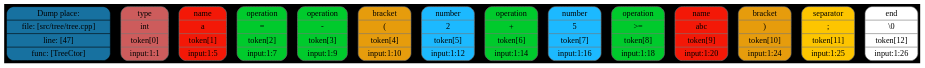
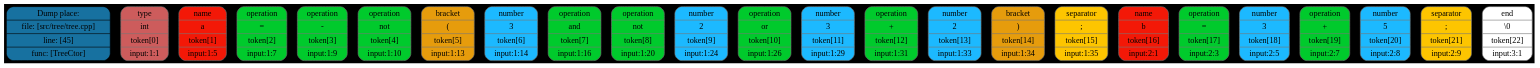
Before and after one commit to Maksim-Sebelev/Language: the diagram in FrontEnd/dot/tokens/dot/tokens1.dot, drawn with Graphviz. The commit also changed 21 other files, not shown here.

```diff
--- a/FrontEnd/dot/tokens/dot/tokens1.dot
+++ b/FrontEnd/dot/tokens/dot/tokens1.dot
@@ -1,19 +1,29 @@
 digraph G{
 rankdir=TB
 graph [bgcolor="#000000"];
 size = "100 5"
-place[shape=Mrecord, style=filled, fillcolor="#1771a0", pos="0,1!",label = " { Dump place: | file: [src/tree/tree.cpp] | line: [47] | func: [TreeCtor] } "color = "#000000"];
-token0[shape=Mrecord, style=filled, fillcolor="#CD5C5C",label = " { type | \int |  token[0] |  input:1:1 } ", color = "#777777"];
+place[shape=Mrecord, style=filled, fillcolor="#1771a0", pos="0,1!",label = " { Dump place: | file: [src/tree/tree.cpp] | line: [45] | func: [TreeCtor] } "color = "#000000"];
+token0[shape=Mrecord, style=filled, fillcolor="#CD5C5C",label = " { type | int |  token[0] |  input:1:1 } ", color = "#777777"];
 token1[shape=Mrecord, style=filled, fillcolor="#f31807",label = " { name | a |  token[1] |  input:1:5 } ", color = "#777777"];
 token2[shape=Mrecord, style=filled, fillcolor="#00ca2c",label = " { operation | \= |  token[2] |  input:1:7 } ", color = "#777777"];
 token3[shape=Mrecord, style=filled, fillcolor="#00ca2c",label = " { operation | \- |  token[3] |  input:1:9 } ", color = "#777777"];
-token4[shape=Mrecord, style=filled, fillcolor="#e69c0c",label = " { bracket | \( |  token[4] |  input:1:10 } ", color = "#777777"];
-token5[shape=Mrecord, style=filled, fillcolor="#1cb9ff",label = " { number | 2 |  token[5] |  input:1:12 } ", color = "#777777"];
-token6[shape=Mrecord, style=filled, fillcolor="#00ca2c",label = " { operation | \+ |  token[6] |  input:1:14 } ", color = "#777777"];
-token7[shape=Mrecord, style=filled, fillcolor="#1cb9ff",label = " { number | 5 |  token[7] |  input:1:16 } ", color = "#777777"];
-token8[shape=Mrecord, style=filled, fillcolor="#00ca2c",label = " { operation | \>= |  token[8] |  input:1:18 } ", color = "#777777"];
-token9[shape=Mrecord, style=filled, fillcolor="#f31807",label = " { name | abc |  token[9] |  input:1:20 } ", color = "#777777"];
-token10[shape=Mrecord, style=filled, fillcolor="#e69c0c",label = " { bracket | \) |  token[10] |  input:1:24 } ", color = "#777777"];
-token11[shape=Mrecord, style=filled, fillcolor="#fdc500",label = " { separator | \; |  token[11] |  input:1:25 } ", color = "#777777"];
-token12[shape=Mrecord, style=filled, fillcolor="#ffffff",label = " { end | \\\0 |  token[12] |  input:1:26 } ", color = "#777777"];
+token4[shape=Mrecord, style=filled, fillcolor="#00ca2c",label = " { operation | not |  token[4] |  input:1:10 } ", color = "#777777"];
+token5[shape=Mrecord, style=filled, fillcolor="#e69c0c",label = " { bracket | \( |  token[5] |  input:1:13 } ", color = "#777777"];
+token6[shape=Mrecord, style=filled, fillcolor="#1cb9ff",label = " { number | 3 |  token[6] |  input:1:14 } ", color = "#777777"];
+token7[shape=Mrecord, style=filled, fillcolor="#00ca2c",label = " { operation | and |  token[7] |  input:1:16 } ", color = "#777777"];
+token8[shape=Mrecord, style=filled, fillcolor="#00ca2c",label = " { operation | not |  token[8] |  input:1:20 } ", color = "#777777"];
+token9[shape=Mrecord, style=filled, fillcolor="#1cb9ff",label = " { number | 2 |  token[9] |  input:1:24 } ", color = "#777777"];
+token10[shape=Mrecord, style=filled, fillcolor="#00ca2c",label = " { operation | or |  token[10] |  input:1:26 } ", color = "#777777"];
+token11[shape=Mrecord, style=filled, fillcolor="#1cb9ff",label = " { number | 3 |  token[11] |  input:1:29 } ", color = "#777777"];
+token12[shape=Mrecord, style=filled, fillcolor="#00ca2c",label = " { operation | \+ |  token[12] |  input:1:31 } ", color = "#777777"];
+token13[shape=Mrecord, style=filled, fillcolor="#1cb9ff",label = " { number | 2 |  token[13] |  input:1:33 } ", color = "#777777"];
+token14[shape=Mrecord, style=filled, fillcolor="#e69c0c",label = " { bracket | \) |  token[14] |  input:1:34 } ", color = "#777777"];
+token15[shape=Mrecord, style=filled, fillcolor="#fdc500",label = " { separator | \; |  token[15] |  input:1:35 } ", color = "#777777"];
+token16[shape=Mrecord, style=filled, fillcolor="#f31807",label = " { name | b |  token[16] |  input:2:1 } ", color = "#777777"];
+token17[shape=Mrecord, style=filled, fillcolor="#00ca2c",label = " { operation | \= |  token[17] |  input:2:3 } ", color = "#777777"];
+token18[shape=Mrecord, style=filled, fillcolor="#1cb9ff",label = " { number | 3 |  token[18] |  input:2:5 } ", color = "#777777"];
+token19[shape=Mrecord, style=filled, fillcolor="#00ca2c",label = " { operation | \+ |  token[19] |  input:2:7 } ", color = "#777777"];
+token20[shape=Mrecord, style=filled, fillcolor="#1cb9ff",label = " { number | 5 |  token[20] |  input:2:8 } ", color = "#777777"];
+token21[shape=Mrecord, style=filled, fillcolor="#fdc500",label = " { separator | \; |  token[21] |  input:2:9 } ", color = "#777777"];
+token22[shape=Mrecord, style=filled, fillcolor="#ffffff",label = " { end | \\0 |  token[22] |  input:3:1 } ", color = "#777777"];
 }
```
